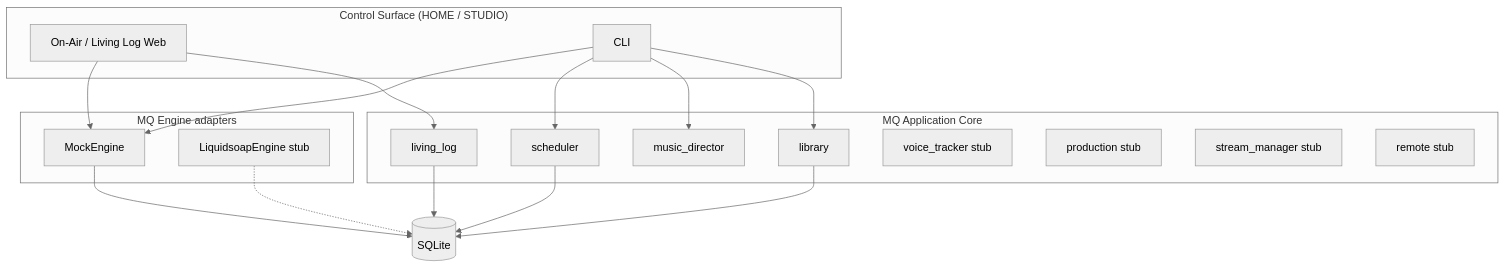
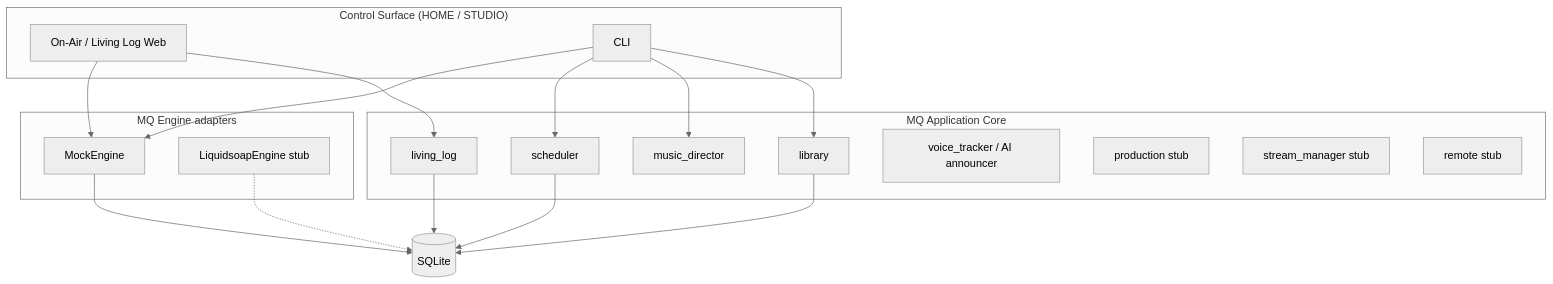
One commit to MQDIGITALRADIO/MQ_Grok_Build changed the diagram in README.md. Above: the diagram before and after it, drawn with Mermaid (neutral theme). The commit also changed other lines of this file and 17 other files, not shown here.

````diff
--- a/README.md
+++ b/README.md
@@ -10,37 +10,37 @@
 ```mermaid
 flowchart TB
   subgraph UI["Control Surface (HOME / STUDIO)"]
     OA[On-Air / Living Log Web]
     CLI[CLI]
   end
 
   subgraph Core["MQ Application Core"]
     LIB[library]
     MD[music_director]
     SCH[scheduler]
     LL[living_log]
-    VT[voice_tracker stub]
+    VT[voice_tracker / AI announcer]
     PROD[production stub]
     SM[stream_manager stub]
     REM[remote stub]
   end
 
   subgraph Engine["MQ Engine adapters"]
     MOCK[MockEngine]
     LS[LiquidsoapEngine stub]
   end
 
   DB[(SQLite)]
 
   OA --> LL
   OA --> MOCK
   CLI --> LIB
   CLI --> MD
   CLI --> SCH
   CLI --> MOCK
   SCH --> DB
   LIB --> DB
   LL --> DB
   MOCK --> DB
   LS -.-> DB
 ```
````
